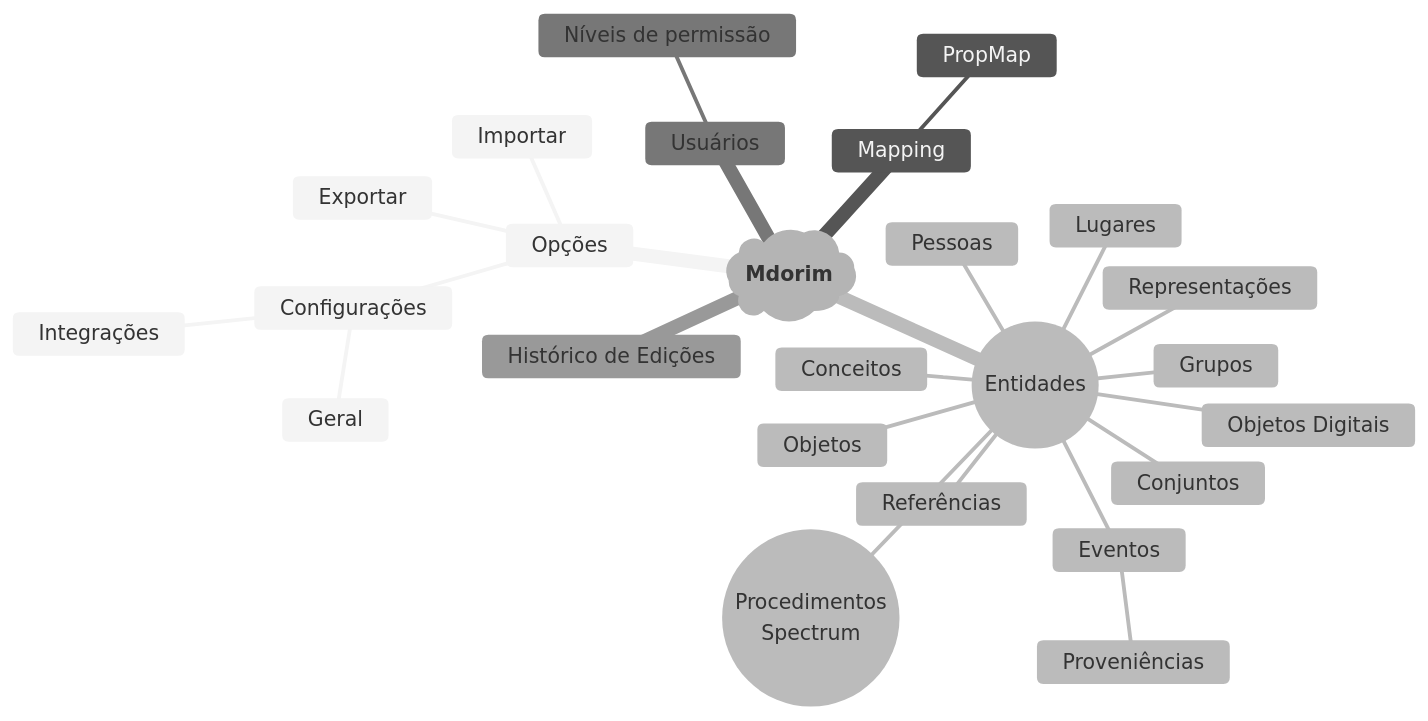
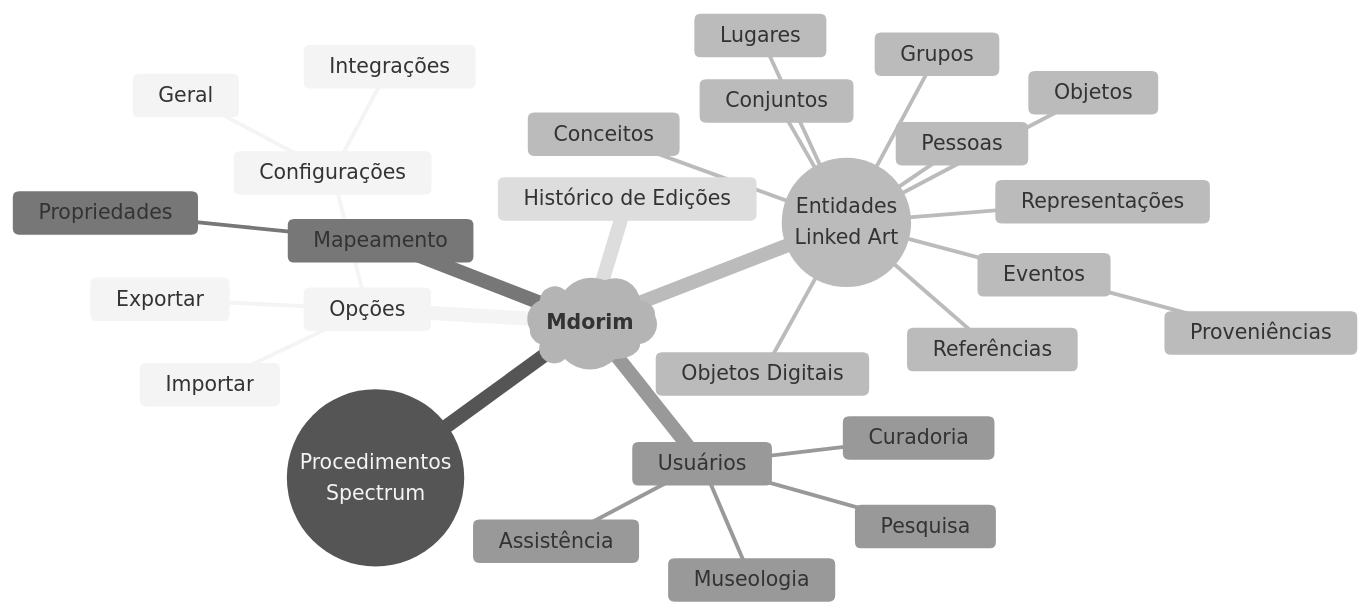
One commit to hgodinho/elucidario changed the diagram in publications/dissertacao-mestrado/content/pt-br/elucidario/mdorim/mermaid.md. Above: the diagram before and after it, drawn with Mermaid (neutral theme). The commit also changed 38 other files, not shown here.

````diff
--- a/publications/dissertacao-mestrado/content/pt-br/elucidario/mdorim/mermaid.md
+++ b/publications/dissertacao-mestrado/content/pt-br/elucidario/mdorim/mermaid.md
@@ -10,29 +10,33 @@
 ```mermaid
     mindmap
         root)"**Mdorim**"(
             Opções
                 Importar
                 Exportar
                 Configurações
                     Geral
                     Integrações
-            Mapping
-                PropMap
-            entidades(("Entidades"))
+            Procedimentos(("Procedimentos
+            Spectrum"))
+            entidades(("Entidades
+            Linked Art"))
                 Objetos
                 Conceitos
                 Objetos Digitais
                 Referências
                 Representações
                 Pessoas
                 Grupos
-                Procedimentos(("`Procedimentos
-                Spectrum`"))
                 Eventos
                     Proveniências
                 Lugares
                 Conjuntos
+            Mapeamento
+                Propriedades
             Usuários
-                Níveis de permissão
+                Curadoria
+                Museologia
+                Assistência
+                Pesquisa
             Histórico de Edições
 ```
````
